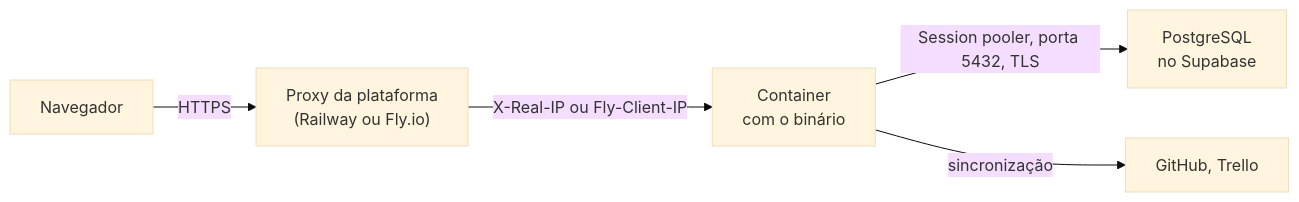
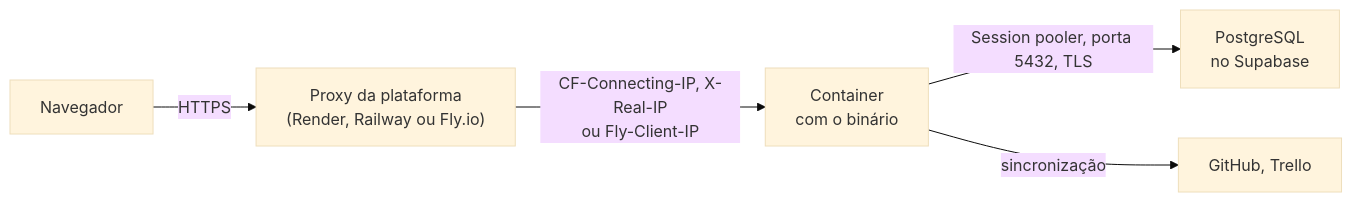
Before and after one commit to itallovidal/working-time-tracker: the diagram in _docs/getting-started/deploy.md, drawn with Mermaid (base theme). The commit also changed other lines of this file and 7 other files, not shown here.

First line of the commit message:
docs: deploy on Render: the deploy.md section, CLIENT_IP_HEADER=CF-Connecting-IP and the sprint 100 notes

````diff
--- a/_docs/getting-started/deploy.md
+++ b/_docs/getting-started/deploy.md
@@ -9,7 +9,7 @@
 ```mermaid
 flowchart LR
-    U["Navegador"] -->|"HTTPS"| P["Proxy da plataforma<br/>(Railway ou Fly.io)"]
-    P -->|"X-Real-IP ou Fly-Client-IP"| S["Container<br/>com o binário"]
+    U["Navegador"] -->|"HTTPS"| P["Proxy da plataforma<br/>(Render, Railway ou Fly.io)"]
+    P -->|"CF-Connecting-IP, X-Real-IP<br/>ou Fly-Client-IP"| S["Container<br/>com o binário"]
     S -->|"Session pooler, porta 5432, TLS"| D["PostgreSQL<br/>no Supabase"]
     S -->|"sincronização"| I["GitHub, Trello"]
 ```
````
